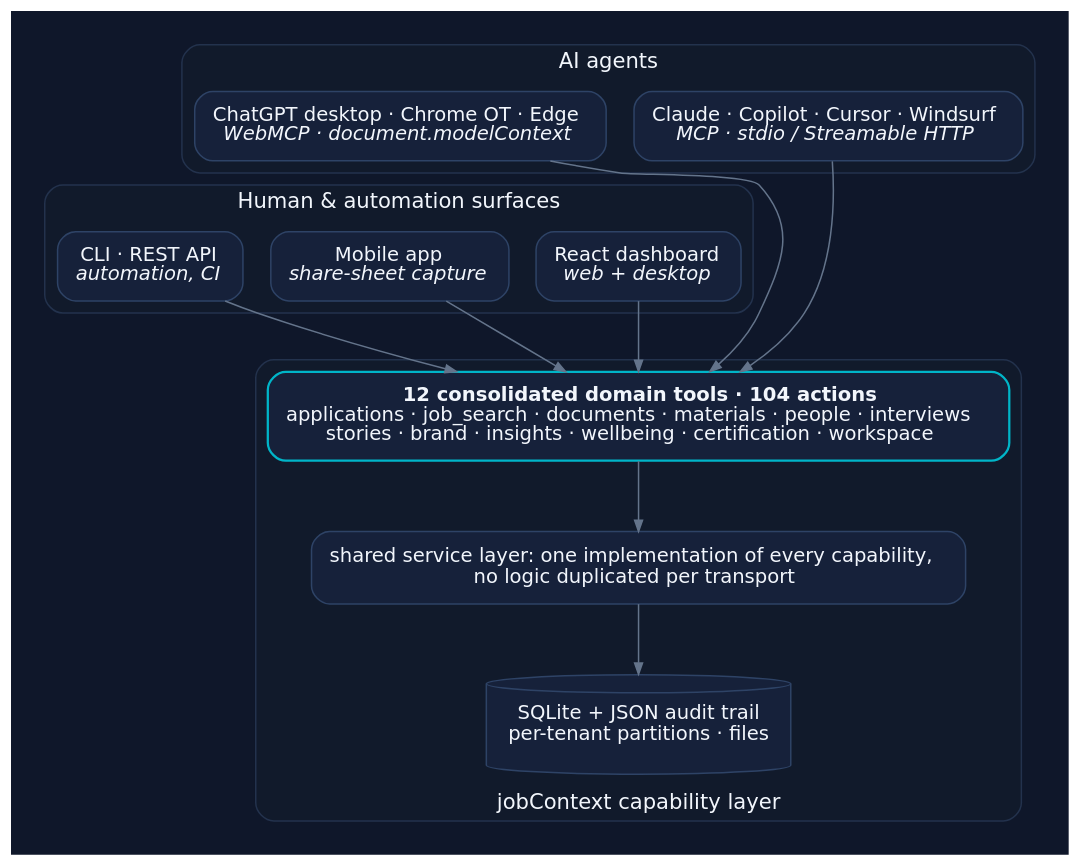
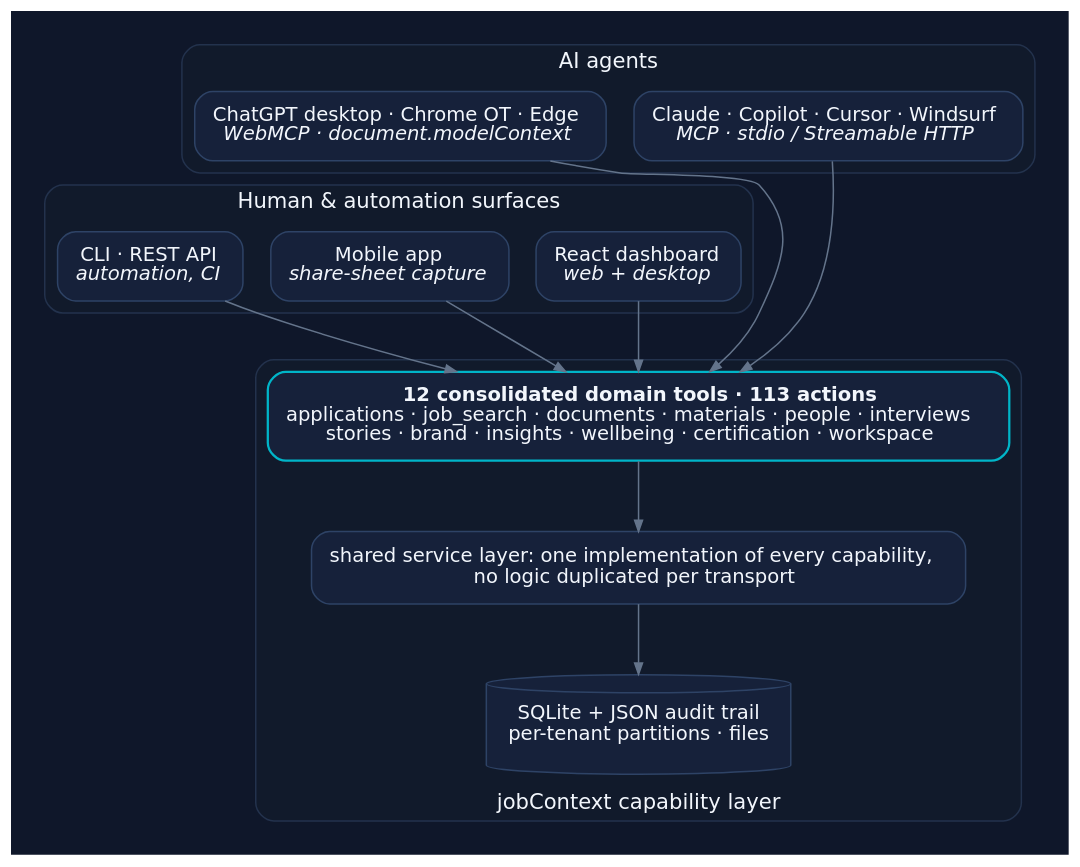
The diagram in transport/http/static/architecture/capability-layer.dot (JustLikeFrank3/jobContextMCP), drawn with Graphviz before and after one commit. The commit also changed 14 other files, not shown here.

```diff
--- a/transport/http/static/architecture/capability-layer.dot
+++ b/transport/http/static/architecture/capability-layer.dot
@@ -1,39 +1,39 @@
 // Maintained source. Regenerate: python scripts/render_architecture_diagrams.py
 digraph capability_layer {
   graph [bgcolor="#0F172A", rankdir=TB, compound=true, pad=0.2, nodesep=0.25,
          ranksep=0.65, fontname="DejaVu Sans", fontsize=14, fontcolor="#F2F6FC"];
   node [shape=box, style="rounded,filled", color="#2E4366", fillcolor="#16213A",
         fontname="DejaVu Sans", fontsize=13, fontcolor="#F2F6FC", margin="0.16,0.14"];
   edge [color="#64748B", arrowsize=0.75];
 
   subgraph cluster_agents {
     label="AI agents"; color="#23324D"; style="rounded,filled"; fillcolor="#111A2B";
     MCPC [label=<Claude · Copilot · Cursor · Windsurf<BR/><I>MCP · stdio / Streamable HTTP</I>>];
     WEBA [label=<ChatGPT desktop · Chrome OT · Edge<BR/><I>WebMCP · document.modelContext</I>>];
     { rank=same; MCPC; WEBA; }
   }
   subgraph cluster_humans {
     label="Human & automation surfaces"; color="#23324D"; style="rounded,filled"; fillcolor="#111A2B";
     DASH [label=<React dashboard<BR/><I>web + desktop</I>>];
     CLI [label=<CLI · REST API<BR/><I>automation, CI</I>>];
     MOB [label=<Mobile app<BR/><I>share-sheet capture</I>>];
     { rank=same; DASH; CLI; MOB; }
   }
   MCPC -> DASH [style=invis];
   WEBA -> MOB [style=invis];
 
   subgraph cluster_core {
     label="jobContext capability layer"; labelloc=b; color="#23324D"; style="rounded,filled"; fillcolor="#111A2B";
     FAC [color="#00B5C8", penwidth=1.5,
-         label=<<B>12 consolidated domain tools · 104 actions</B><BR/>applications · job_search · documents · materials · people · interviews<BR/>stories · brand · insights · wellbeing · certification · workspace>];
+         label=<<B>12 consolidated domain tools · 113 actions</B><BR/>applications · job_search · documents · materials · people · interviews<BR/>stories · brand · insights · wellbeing · certification · workspace>];
     SVC [label=<shared service layer: one implementation of every capability,<BR/>no logic duplicated per transport>];
     DB [shape=cylinder, label="SQLite + JSON audit trail\nper-tenant partitions · files"];
     FAC -> SVC;
     SVC -> DB;
   }
   MCPC -> FAC;
   WEBA -> FAC;
   DASH -> FAC;
   CLI -> FAC;
   MOB -> FAC;
 }
```
